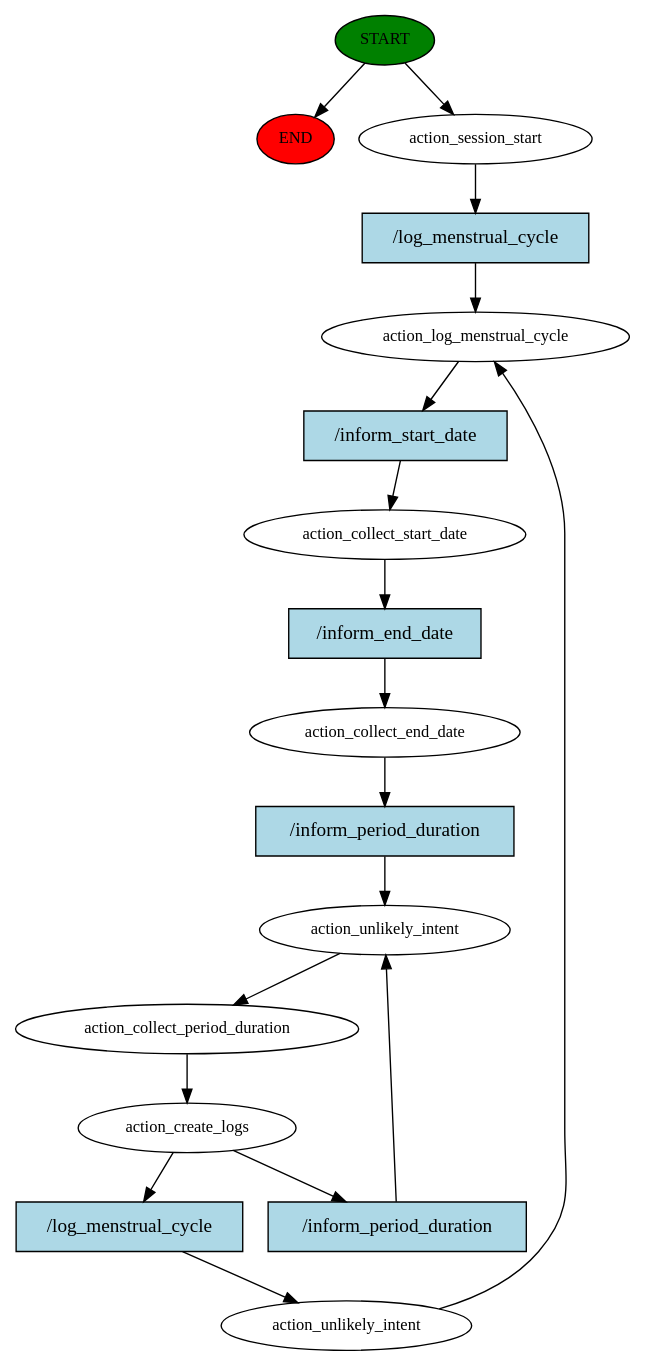
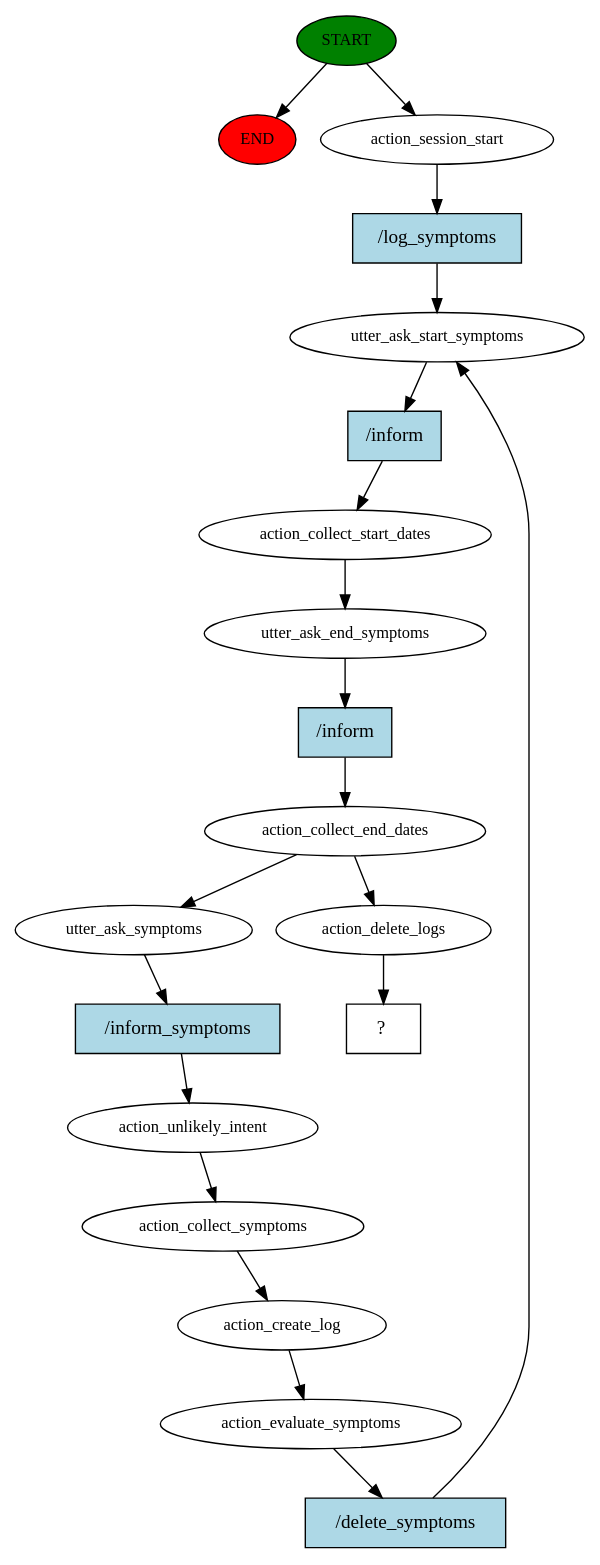
Before and after one commit to myaltithink/FertiliSense: the diagram in story_graph.dot, drawn with Graphviz. The commit also changed 62 other files, not shown here.

```diff
--- a/story_graph.dot
+++ b/story_graph.dot
@@ -1,35 +1,40 @@
 digraph  {
 0 [class="start active", fillcolor=green, fontsize=12, label=START, style=filled];
 "-1" [class=end, fillcolor=red, fontsize=12, label=END, style=filled];
 1 [class=active, fontsize=12, label=action_session_start];
-2 [class=active, fontsize=12, label=action_log_menstrual_cycle];
-3 [class=active, fontsize=12, label=action_collect_start_date];
-4 [class=active, fontsize=12, label=action_collect_end_date];
-5 [class=active, fontsize=12, label=action_unlikely_intent];
-6 [class=active, fontsize=12, label=action_collect_period_duration];
-7 [class="active dashed", fontsize=12, label=action_create_logs];
-11 [class=active, fontsize=12, label=action_unlikely_intent];
-18 [class="intent active", fillcolor=lightblue, label="/log_menstrual_cycle", shape=rect, style=filled];
-19 [class="intent active", fillcolor=lightblue, label="/inform_start_date", shape=rect, style=filled];
-20 [class="intent active", fillcolor=lightblue, label="/inform_end_date", shape=rect, style=filled];
-21 [class="intent active", fillcolor=lightblue, label="/inform_period_duration", shape=rect, style=filled];
-22 [class="intent active", fillcolor=lightblue, label="/inform_period_duration", shape=rect, style=filled];
-23 [class="intent active", fillcolor=lightblue, label="/log_menstrual_cycle", shape=rect, style=filled];
+2 [class=active, fontsize=12, label=utter_ask_start_symptoms];
+3 [class=active, fontsize=12, label=action_collect_start_dates];
+4 [class=active, fontsize=12, label=utter_ask_end_symptoms];
+5 [class=active, fontsize=12, label=action_collect_end_dates];
+6 [class=active, fontsize=12, label=utter_ask_symptoms];
+7 [class=active, fontsize=12, label=action_unlikely_intent];
+8 [class=active, fontsize=12, label=action_collect_symptoms];
+9 [class=active, fontsize=12, label=action_create_log];
+10 [class=active, fontsize=12, label=action_evaluate_symptoms];
+15 [class=active, fontsize=12, label=action_delete_logs];
+16 [class="intent dashed active", label="  ?  ", shape=rect];
+17 [class="intent active", fillcolor=lightblue, label="/log_symptoms", shape=rect, style=filled];
+18 [class="intent active", fillcolor=lightblue, label="/inform", shape=rect, style=filled];
+19 [class="intent active", fillcolor=lightblue, label="/inform", shape=rect, style=filled];
+20 [class="intent active", fillcolor=lightblue, label="/inform_symptoms", shape=rect, style=filled];
+21 [class="intent active", fillcolor=lightblue, label="/delete_symptoms", shape=rect, style=filled];
 0 -> "-1"  [class="", key=NONE, label=""];
 0 -> 1  [class=active, key=NONE, label=""];
-1 -> 18  [class=active, key=0];
-2 -> 19  [class=active, key=0];
-3 -> 20  [class=active, key=0];
-4 -> 21  [class=active, key=0];
+1 -> 17  [class=active, key=0];
+2 -> 18  [class=active, key=0];
+3 -> 4  [class=active, key=NONE, label=""];
+4 -> 19  [class=active, key=0];
 5 -> 6  [class=active, key=NONE, label=""];
-6 -> 7  [class=active, key=NONE, label=""];
-7 -> 22  [class=active, key=0];
-7 -> 23  [class=active, key=0];
-11 -> 2  [class=active, key=NONE, label=""];
-18 -> 2  [class=active, key=0];
-19 -> 3  [class=active, key=0];
-20 -> 4  [class=active, key=0];
-21 -> 5  [class=active, key=0];
-22 -> 5  [class=active, key=0];
-23 -> 11  [class=active, key=0];
+5 -> 15  [class=active, key=NONE, label=""];
+6 -> 20  [class=active, key=0];
+7 -> 8  [class=active, key=NONE, label=""];
+8 -> 9  [class=active, key=NONE, label=""];
+9 -> 10  [class=active, key=NONE, label=""];
+10 -> 21  [class=active, key=0];
+15 -> 16  [class=active, key=NONE, label=""];
+17 -> 2  [class=active, key=0];
+18 -> 3  [class=active, key=0];
+19 -> 5  [class=active, key=0];
+20 -> 7  [class=active, key=0];
+21 -> 2  [class=active, key=0];
 }
```
